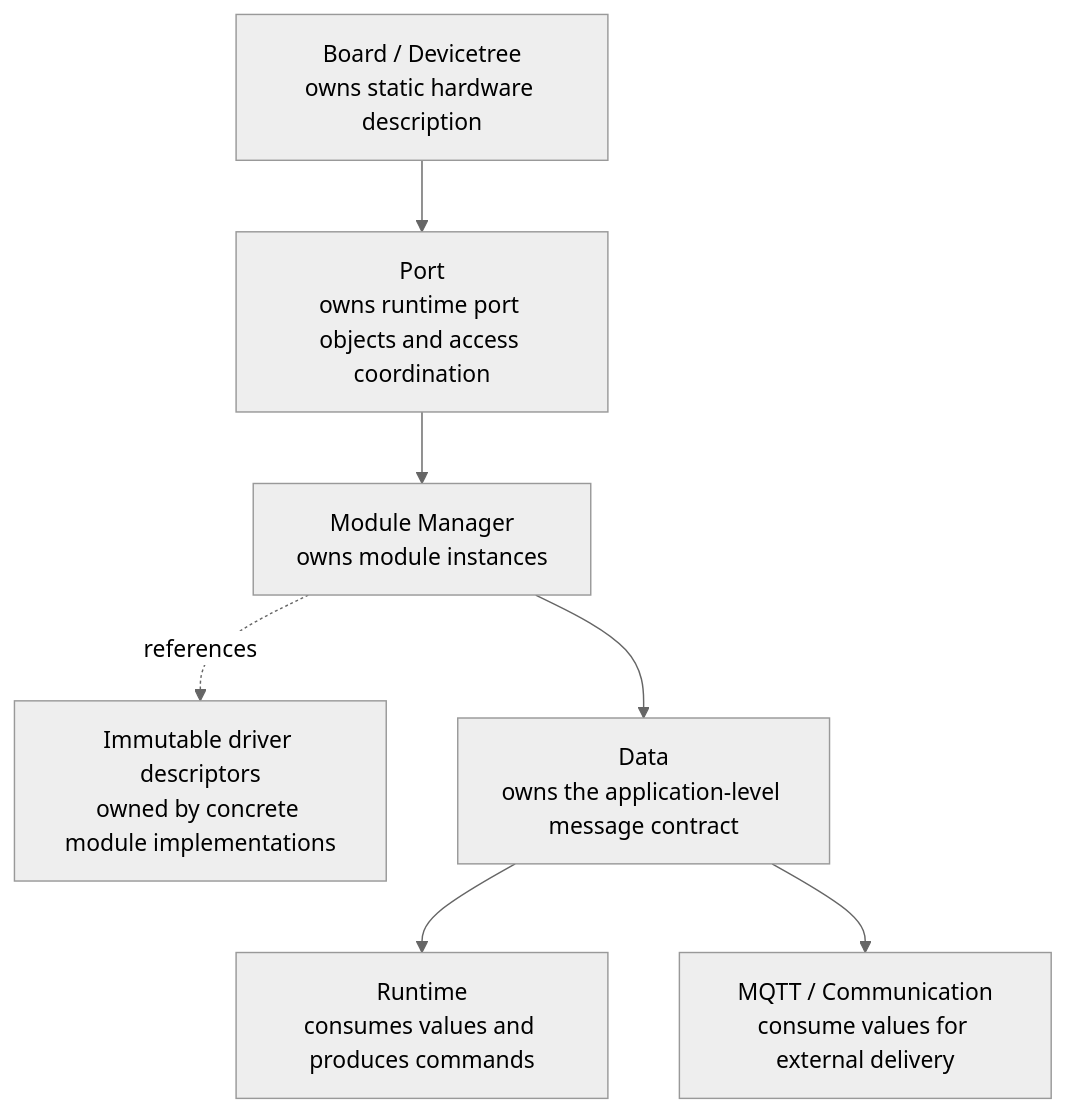
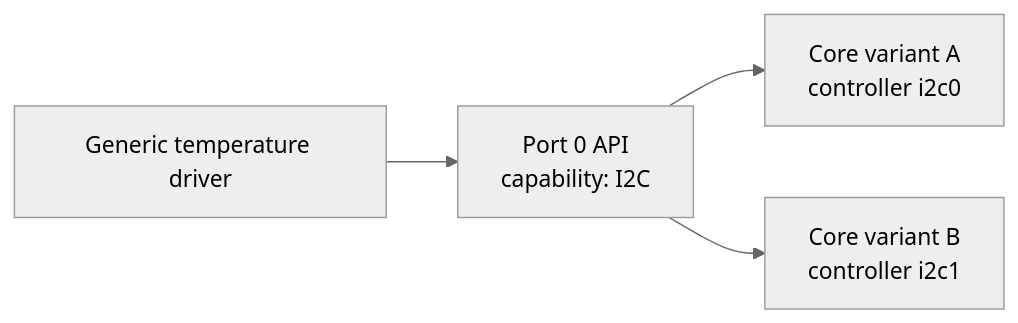
One commit to andreapiccini/SpaghettiLAB changed the sixth of 17 diagrams in Firmware/core/ARCHITECTURE.md. Above: the diagram before and after it, drawn with Mermaid (neutral theme). The commit also changed other lines of this file and 164 other files, not shown here.

````diff
--- a/Firmware/core/ARCHITECTURE.md
+++ b/Firmware/core/ARCHITECTURE.md
@@ -240,16 +204,11 @@
 ```mermaid
-flowchart TB
-    BD["Board / Devicetree<br/>owns static hardware description"]
-    PORT["Port<br/>owns runtime port objects and access coordination"]
-    MM["Module Manager<br/>owns module instances"]
-    DESC["Immutable driver descriptors<br/>owned by concrete module implementations"]
-    DATA["Data<br/>owns the application-level message contract"]
-    RT["Runtime<br/>consumes values and produces commands"]
-    EXT["MQTT / Communication<br/>consume values for external delivery"]
+flowchart LR
+    DRIVER["Generic temperature driver"]
+    PORT["Port 0 API<br/>capability: I2C"]
+    C3["Core variant A<br/>controller i2c0"]
+    S3["Core variant B<br/>controller i2c1"]
 
-    BD --> PORT --> MM
-    MM -. references .-> DESC
-    MM --> DATA
-    DATA --> RT
-    DATA --> EXT
+    DRIVER --> PORT
+    PORT --> C3
+    PORT --> S3
 ```
````
